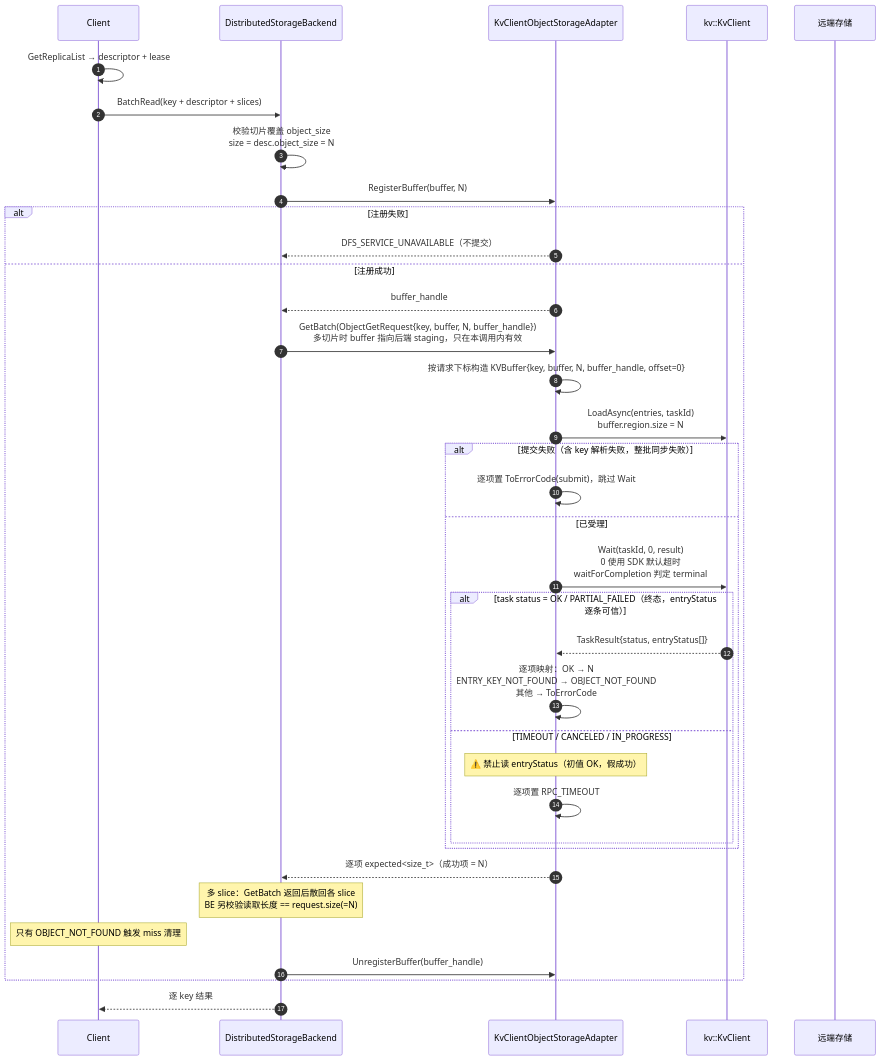
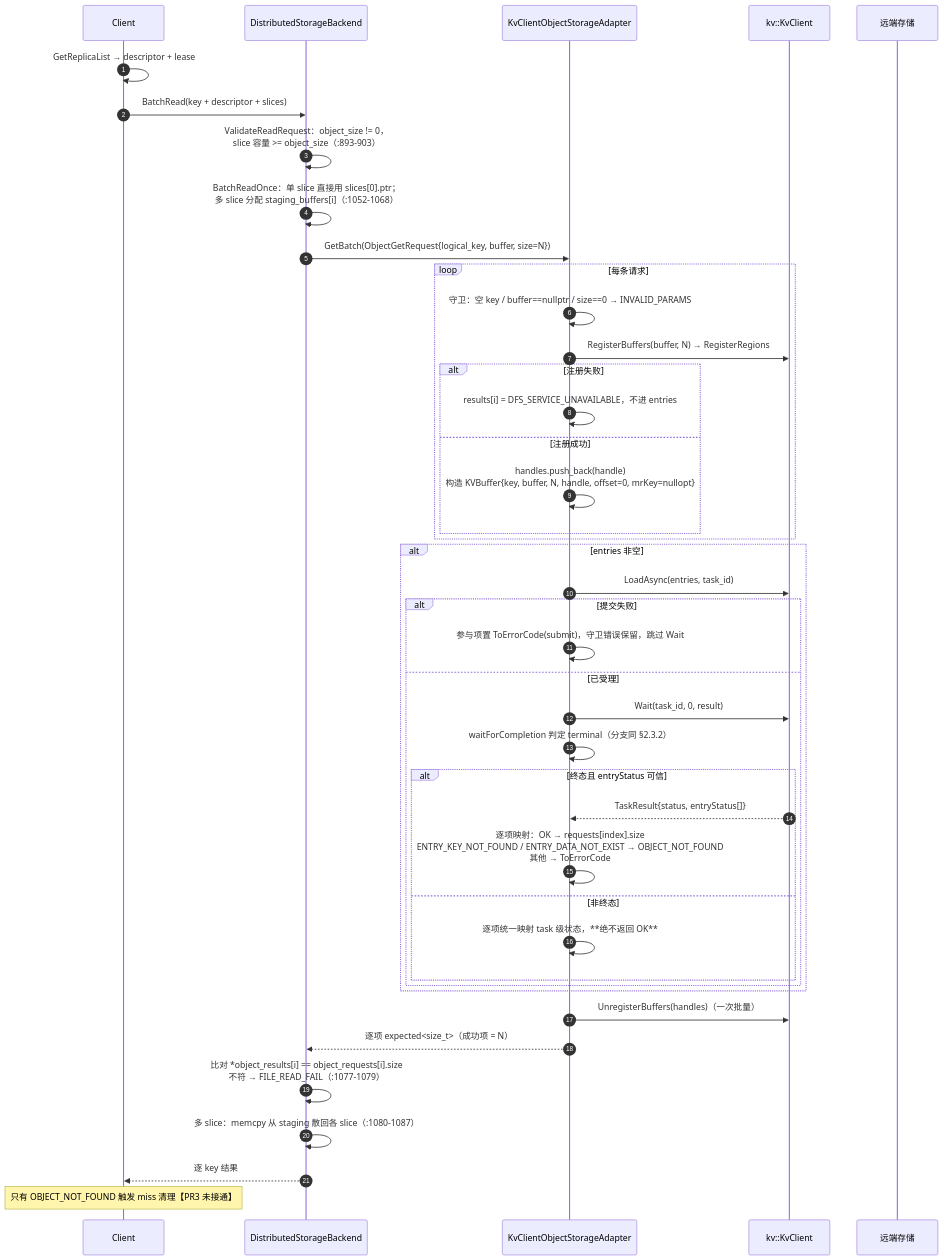
The tenth of 13 diagrams in Mooncake + KVClient L3 接入（Kvcs）- v3.md (zwj20000328-dotcom/Mooncake-documents), drawn with Mermaid before and after one commit. The commit also changed other lines of this file, not shown here.

````diff
--- a/Mooncake + KVClient L3 接入（Kvcs）- v3.md
+++ b/Mooncake + KVClient L3 接入（Kvcs）- v3.md
@@ -647,39 +758,45 @@
 ```mermaid
 sequenceDiagram
     autonumber
     participant C as Client
     participant BE as DistributedStorageBackend
     participant AD as KvClientObjectStorageAdapter
     participant SDK as kv::KvClient
     participant S as 远端存储
 
     C->>C: GetReplicaList → descriptor + lease
     C->>BE: BatchRead(key + descriptor + slices)
-    BE->>BE: 校验切片覆盖 object_size<br/>size = desc.object_size = N
-    BE->>AD: RegisterBuffer(buffer, N)
-    alt 注册失败
-        AD-->>BE: DFS_SERVICE_UNAVAILABLE（不提交）
-    else 注册成功
-        AD-->>BE: buffer_handle
-        BE->>AD: GetBatch(ObjectGetRequest{key, buffer, N, buffer_handle})<br/>多切片时 buffer 指向后端 staging，只在本调用内有效
-        AD->>AD: 按请求下标构造 KVBuffer{key, buffer, N, buffer_handle, offset=0}
-        AD->>SDK: LoadAsync(entries, taskId)<br/>buffer.region.size = N
-        alt 提交失败（含 key 解析失败，整批同步失败）
-            AD->>AD: 逐项置 ToErrorCode(submit)，跳过 Wait
+    BE->>BE: ValidateReadRequest：object_size != 0，<br/>slice 容量 >= object_size（:893-903）
+    BE->>BE: BatchReadOnce：单 slice 直接用 slices[0].ptr；<br/>多 slice 分配 staging_buffers[i]（:1052-1068）
+    BE->>AD: GetBatch(ObjectGetRequest{logical_key, buffer, size=N})
+    loop 每条请求
+        AD->>AD: 守卫：空 key / buffer==nullptr / size==0 → INVALID_PARAMS
+        AD->>SDK: RegisterBuffers(buffer, N) → RegisterRegions
+        alt 注册失败
+            AD->>AD: results[i] = DFS_SERVICE_UNAVAILABLE，不进 entries
+        else 注册成功
+            AD->>AD: handles.push_back(handle)<br/>构造 KVBuffer{key, buffer, N, handle, offset=0, mrKey=nullopt}
+        end
+    end
+    alt entries 非空
+        AD->>SDK: LoadAsync(entries, task_id)
+        alt 提交失败
+            AD->>AD: 参与项置 ToErrorCode(submit)，守卫错误保留，跳过 Wait
         else 已受理
-            AD->>SDK: Wait(taskId, 0, result)<br/>0 使用 SDK 默认超时<br/>waitForCompletion 判定 terminal
-            alt task status = OK / PARTIAL_FAILED（终态，entryStatus 逐条可信）
+            AD->>SDK: Wait(task_id, 0, result)
+            AD->>AD: waitForCompletion 判定 terminal（分支同 §2.3.2）
+            alt 终态且 entryStatus 可信
                 SDK-->>AD: TaskResult{status, entryStatus[]}
-                AD->>AD: 逐项映射：OK → N<br/>ENTRY_KEY_NOT_FOUND → OBJECT_NOT_FOUND<br/>其他 → ToErrorCode
-            else TIMEOUT / CANCELED / IN_PROGRESS
-                Note over AD: ⚠️ 禁止读 entryStatus（初值 OK，假成功）
-                AD->>AD: 逐项置 RPC_TIMEOUT
+                AD->>AD: 逐项映射：OK → requests[index].size<br/>ENTRY_KEY_NOT_FOUND / ENTRY_DATA_NOT_EXIST → OBJECT_NOT_FOUND<br/>其他 → ToErrorCode
+            else 非终态
+                AD->>AD: 逐项统一映射 task 级状态，**绝不返回 OK**
             end
         end
-        AD-->>BE: 逐项 expected<size_t>（成功项 = N）
-        Note over BE: 多 slice：GetBatch 返回后散回各 slice<br/>BE 另校验读取长度 == request.size(=N)
-        Note over C: 只有 OBJECT_NOT_FOUND 触发 miss 清理
-        BE->>AD: UnregisterBuffer(buffer_handle)
     end
+    AD->>SDK: UnregisterBuffers(handles)（一次批量）
+    AD-->>BE: 逐项 expected<size_t>（成功项 = N）
+    BE->>BE: 比对 *object_results[i] == object_requests[i].size<br/>不符 → FILE_READ_FAIL（:1077-1079）
+    BE->>BE: 多 slice：memcpy 从 staging 散回各 slice（:1080-1087）
     BE-->>C: 逐 key 结果
+    Note over C: 只有 OBJECT_NOT_FOUND 触发 miss 清理【PR3 未接通】
 ```
````
